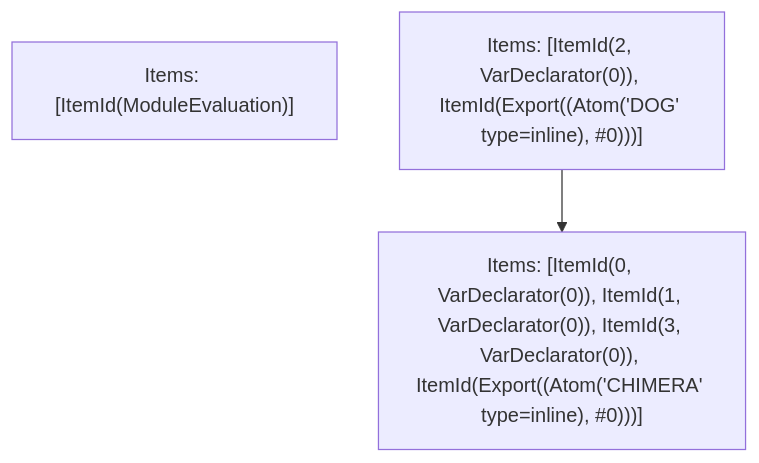
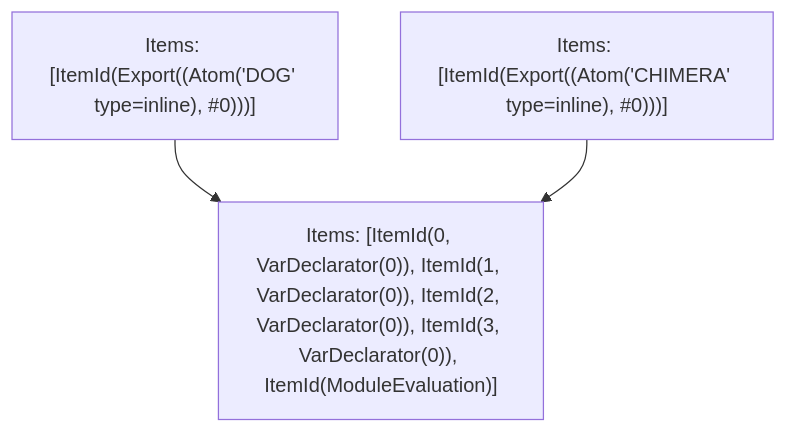
One commit to vercel/turborepo changed the fifth of 5 diagrams in crates/turbopack-ecmascript/tests/tree-shaker/analyzer/simple/output.md. Above: the diagram before and after it, drawn with Mermaid. The commit also changed other lines of this file and 3 other files, not shown here.

````diff
--- a/crates/turbopack-ecmascript/tests/tree-shaker/analyzer/simple/output.md
+++ b/crates/turbopack-ecmascript/tests/tree-shaker/analyzer/simple/output.md
@@ -120,7 +124,8 @@
 ```mermaid
 graph TD
-    N0["Items: [ItemId(ModuleEvaluation)]"];
-    N1["Items: [ItemId(2, VarDeclarator(0)), ItemId(Export((Atom('DOG' type=inline), #0)))]"];
-    N2["Items: [ItemId(0, VarDeclarator(0)), ItemId(1, VarDeclarator(0)), ItemId(3, VarDeclarator(0)), ItemId(Export((Atom('CHIMERA' type=inline), #0)))]"];
-    N1 --> N2;
+    N0["Items: [ItemId(0, VarDeclarator(0)), ItemId(1, VarDeclarator(0)), ItemId(2, VarDeclarator(0)), ItemId(3, VarDeclarator(0)), ItemId(ModuleEvaluation)]"];
+    N1["Items: [ItemId(Export((Atom('DOG' type=inline), #0)))]"];
+    N2["Items: [ItemId(Export((Atom('CHIMERA' type=inline), #0)))]"];
+    N1 --> N0;
+    N2 --> N0;
 ```
````
